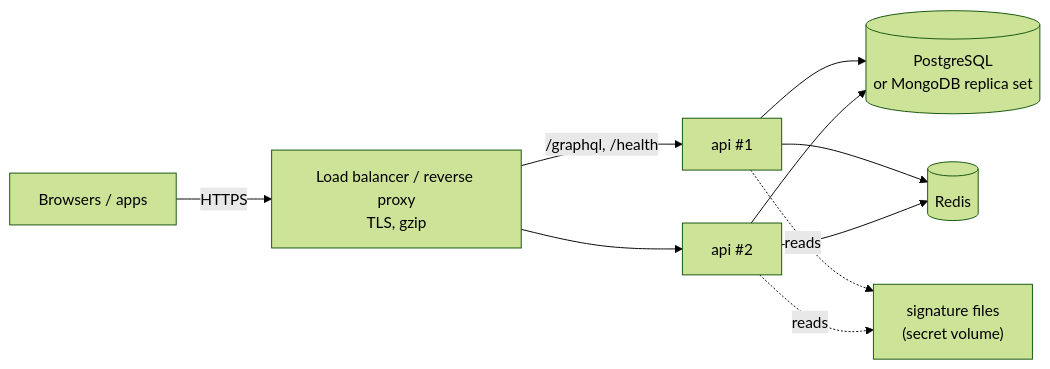
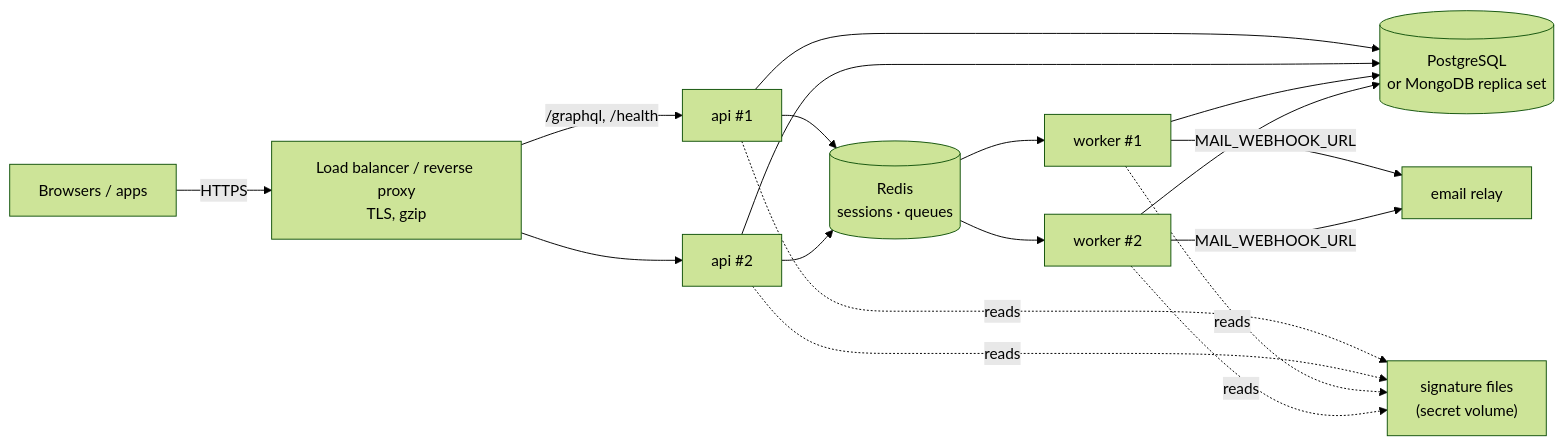
The diagram in docs/12-deployment.md (mgpl-diagnostics/api), drawn with Mermaid (forest theme) before and after one commit. The commit also changed other lines of this file and 40 other files, not shown here.

First line of the commit message:
feat: access + refresh tokens, device binding, worker on Redis + BullMQ (#4)

````diff
--- a/docs/12-deployment.md
+++ b/docs/12-deployment.md
@@ -5,9 +5,14 @@
 ```mermaid
 flowchart LR
   U["Browsers / apps"] -- HTTPS --> LB["Load balancer / reverse proxy<br/>TLS, gzip"]
   LB -- "/graphql, /health" --> A1["api #1"]
   LB --> A2["api #2"]
   A1 & A2 --> DB[("PostgreSQL<br/>or MongoDB replica set")]
-  A1 & A2 --> R[("Redis")]
+  A1 & A2 --> R[("Redis<br/>sessions · queues")]
+  R --> W1["worker #1"]
+  R --> W2["worker #2"]
+  W1 & W2 --> DB
+  W1 & W2 -- "MAIL_WEBHOOK_URL" --> MAIL["email relay"]
   A1 & A2 -. reads .-> SIG["signature files<br/>(secret volume)"]
+  W1 & W2 -. reads .-> SIG
 ```
````
